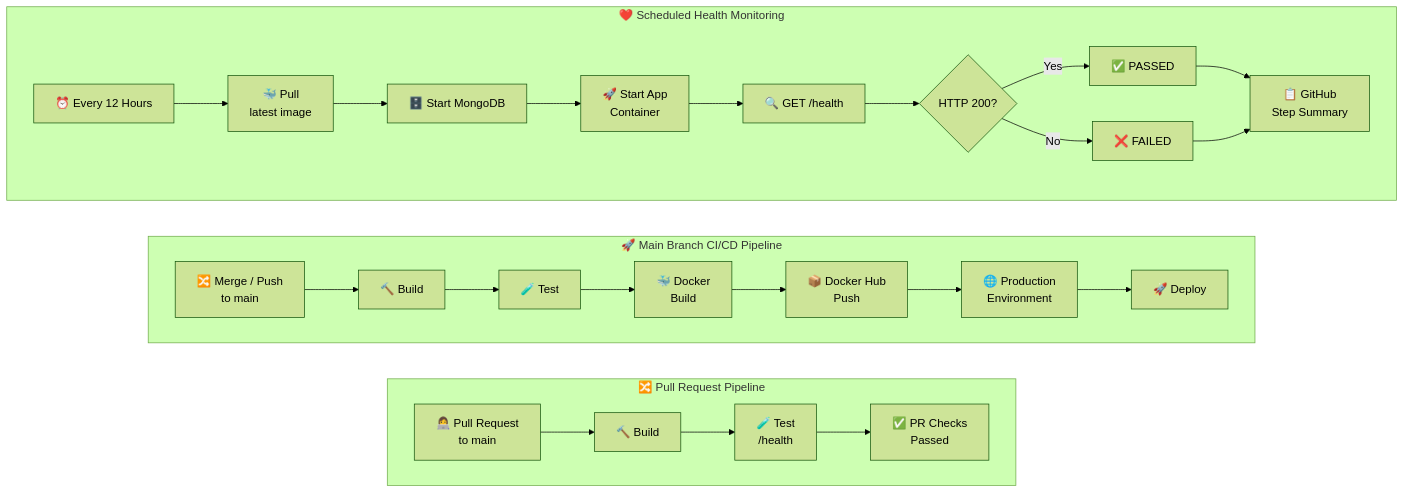
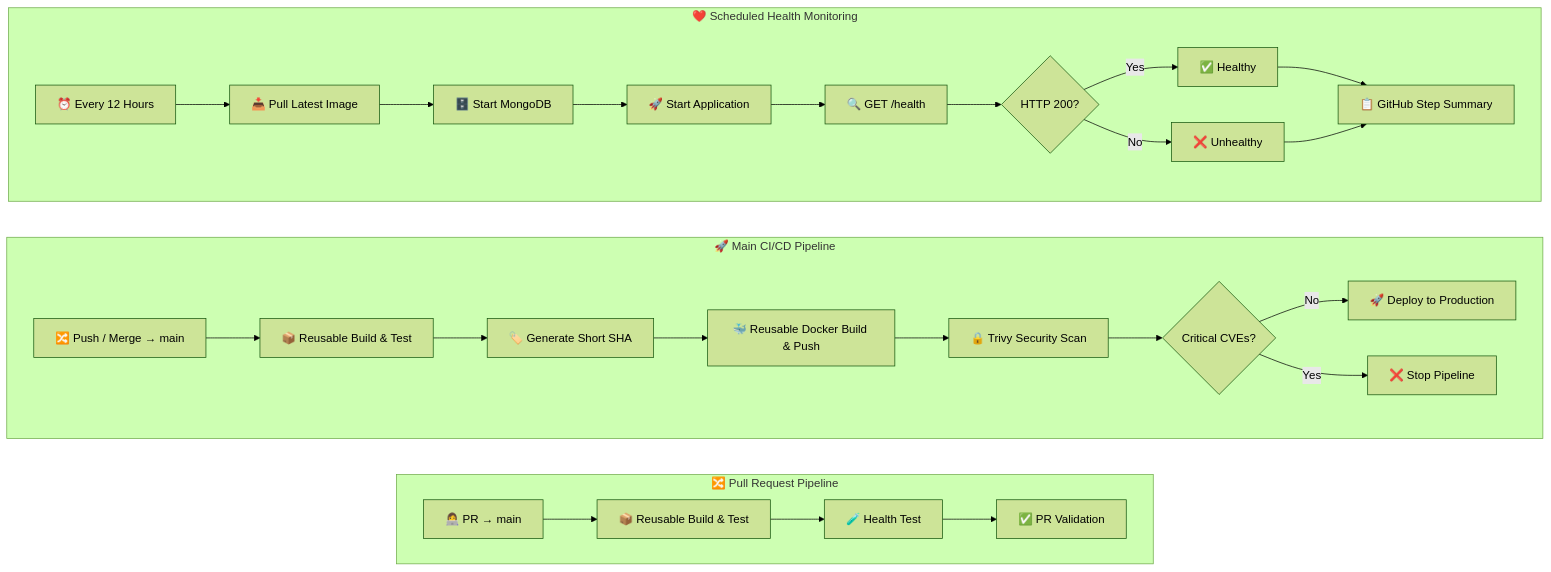
One commit to Jaishree97/github-actions-capstone changed the diagram in README.md. Above: the diagram before and after it, drawn with Mermaid (forest theme).

Commit message:
docs: add pipeline architecture and workflow badges

````diff
--- a/README.md
+++ b/README.md
@@ -36,59 +36,61 @@
 ```mermaid
 flowchart LR
 
-    %% =========================
-    %% PR VALIDATION PIPELINE
-    %% =========================
-    subgraph PR["🔀 Pull Request Pipeline"]
-        direction LR
+%% =========================
+%% PR PIPELINE
+%% =========================
+subgraph PR["🔀 Pull Request Pipeline"]
+direction LR
 
-        A["👩‍💻 Pull Request<br/>to main"]
-        B["🔨 Build"]
-        C["🧪 Test<br/>/health"]
-        D["✅ PR Checks<br/>Passed"]
+A["👩‍💻 PR → main"]
+B["📦 Reusable Build & Test"]
+C["🧪 Health Test"]
+D["✅ PR Validation"]
 
-        A --> B --> C --> D
-    end
+A --> B --> C --> D
 
+end
 
-    %% =========================
-    %% MAIN CI/CD PIPELINE
-    %% =========================
-    subgraph MAIN["🚀 Main Branch CI/CD Pipeline"]
-        direction LR
+%% =========================
+%% MAIN PIPELINE
+%% =========================
+subgraph MAIN["🚀 Main CI/CD Pipeline"]
+direction LR
 
-        E["🔀 Merge / Push<br/>to main"]
-        F["🔨 Build"]
-        G["🧪 Test"]
-        H["🐳 Docker<br/>Build"]
-        I["📦 Docker Hub<br/>Push"]
-        J["🌐 Production<br/>Environment"]
-        K["🚀 Deploy"]
+E["🔀 Push / Merge → main"]
+F["📦 Reusable Build & Test"]
+G["🏷️ Generate Short SHA"]
+H["🐳 Reusable Docker Build & Push"]
+I["🔒 Trivy Security Scan"]
+J{"Critical CVEs?"}
+K["🚀 Deploy to Production"]
+L["❌ Stop Pipeline"]
 
-        E --> F --> G --> H --> I --> J --> K
-    end
+E --> F --> G --> H --> I --> J
+J -->|No| K
+J -->|Yes| L
 
+end
 
-    %% =========================
-    %% HEALTH CHECK PIPELINE
-    %% =========================
-    subgraph HEALTH["❤️ Scheduled Health Monitoring"]
-        direction LR
+%% =========================
+%% HEALTH CHECK
+%% =========================
+subgraph HEALTH["❤️ Scheduled Health Monitoring"]
+direction LR
 
-        L["⏰ Every 12 Hours"]
-        M["🐳 Pull<br/>latest image"]
-        N["🗄️ Start MongoDB"]
-        O["🚀 Start App<br/>Container"]
-        P["🔍 GET /health"]
-        Q{"HTTP 200?"}
-        R["✅ PASSED"]
-        S["❌ FAILED"]
-        T["📋 GitHub<br/>Step Summary"]
+M["⏰ Every 12 Hours"]
+N["📥 Pull Latest Image"]
+O["🗄️ Start MongoDB"]
+P["🚀 Start Application"]
+Q["🔍 GET /health"]
+R{"HTTP 200?"}
+S["✅ Healthy"]
+T["❌ Unhealthy"]
+U["📋 GitHub Step Summary"]
 
-        L --> M --> N --> O --> P --> Q
-        Q -->|Yes| R
-        Q -->|No| S
-        R --> T
-        S --> T
-    end
+M --> N --> O --> P --> Q --> R
+R -->|Yes| S --> U
+R -->|No| T --> U
+
+end
 ```
````
